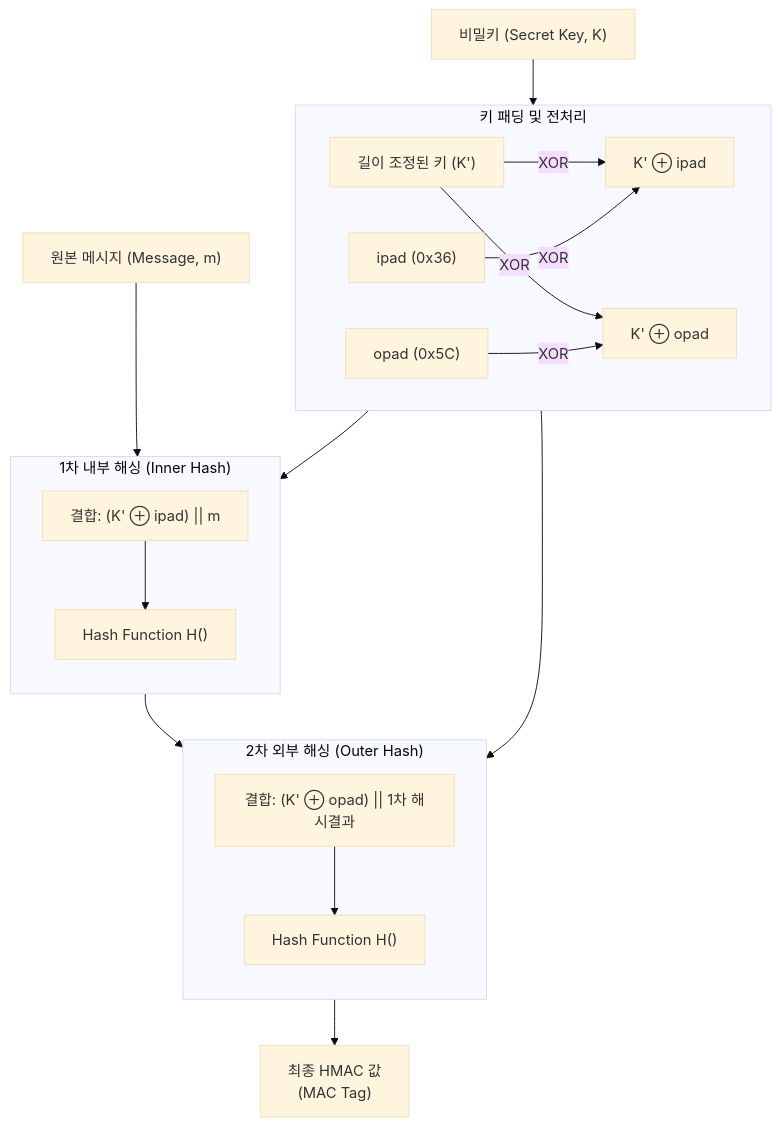
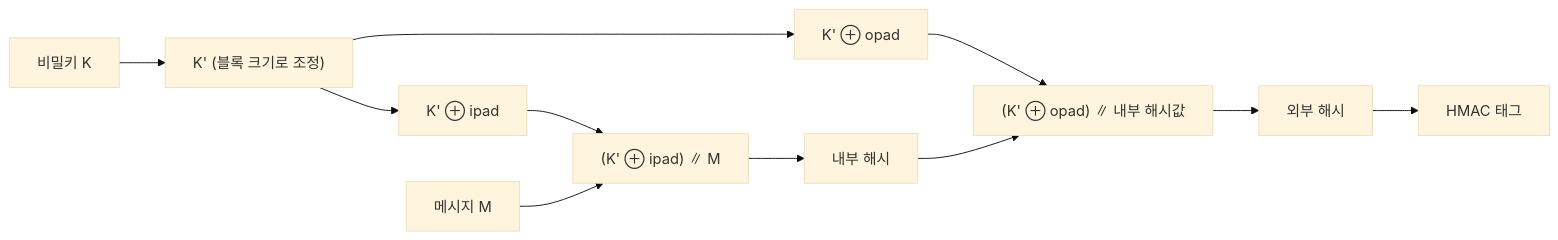
The diagram in content/01_IT Tech/HMAC.md (supremethumb/supremethumb.github.io), drawn with Mermaid (base theme) before and after one commit. The commit also changed other lines of this file and 1087 other files, not shown here.

````diff
--- a/content/01_IT Tech/HMAC.md
+++ b/content/01_IT Tech/HMAC.md
@@ -29,45 +35,13 @@
 ```mermaid
-flowchart TD
-    Key["비밀키 (Secret Key, K)"]
-    Msg["원본 메시지 (Message, m)"]
-    
-    subgraph Pad_Process ["키 패딩 및 전처리"]
-        direction LR
-        K_prime["길이 조정된 키 (K')"]
-        Ipad["ipad (0x36)"]
-        Opad["opad (0x5C)"]
-        
-        K_ipad["K' ⊕ ipad"]
-        K_opad["K' ⊕ opad"]
-    end
-    
-    subgraph Hash_Phase1 ["1차 내부 해싱 (Inner Hash)"]
-        direction TB
-        Concat1["결합: (K' ⊕ ipad) || m"]
-        Hash1["Hash Function H()"]
-    end
-    
-    subgraph Hash_Phase2 ["2차 외부 해싱 (Outer Hash)"]
-        direction TB
-        Concat2["결합: (K' ⊕ opad) || 1차 해시결과"]
-        Hash2["Hash Function H()"]
-    end
-    
-    Final["최종 HMAC 값<br/>(MAC Tag)"]
-
-    Key --> K_prime
-    K_prime -->|XOR| K_ipad
-    K_prime -->|XOR| K_opad
-    Ipad -->|XOR| K_ipad
-    Opad -->|XOR| K_opad
-    
-    K_ipad --> Concat1
-    Msg --> Concat1
-    Concat1 --> Hash1
-    
-    Hash1 --> Concat2
-    K_opad --> Concat2
-    Concat2 --> Hash2
-    Hash2 --> Final
-
+flowchart LR
+    K["비밀키 K"] --> KP["K' (블록 크기로 조정)"]
+    KP --> KI["K' ⊕ ipad"]
+    KP --> KO["K' ⊕ opad"]
+    KI --> C1["(K' ⊕ ipad) ∥ M"]
+    M["메시지 M"] --> C1
+    C1 --> H1["내부 해시"]
+    KO --> C2["(K' ⊕ opad) ∥ 내부 해시값"]
+    H1 --> C2
+    C2 --> H2["외부 해시"]
+    H2 --> T["HMAC 태그"]
 ```
````
